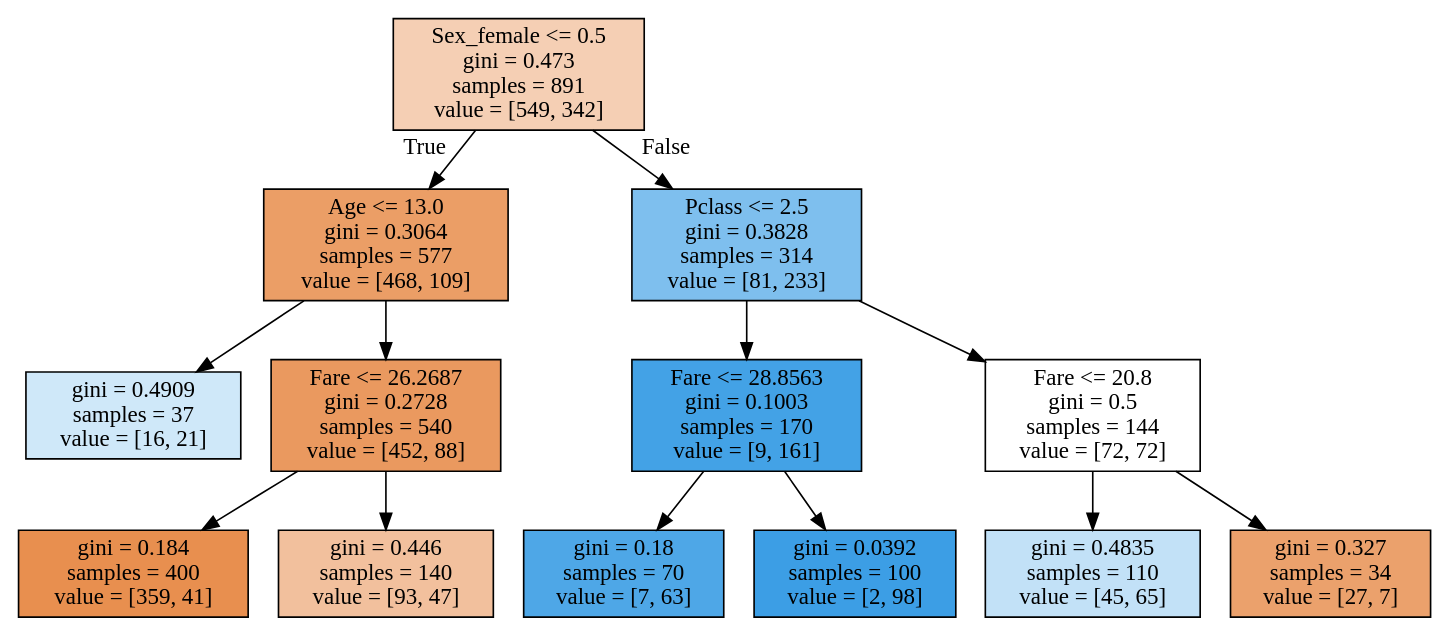
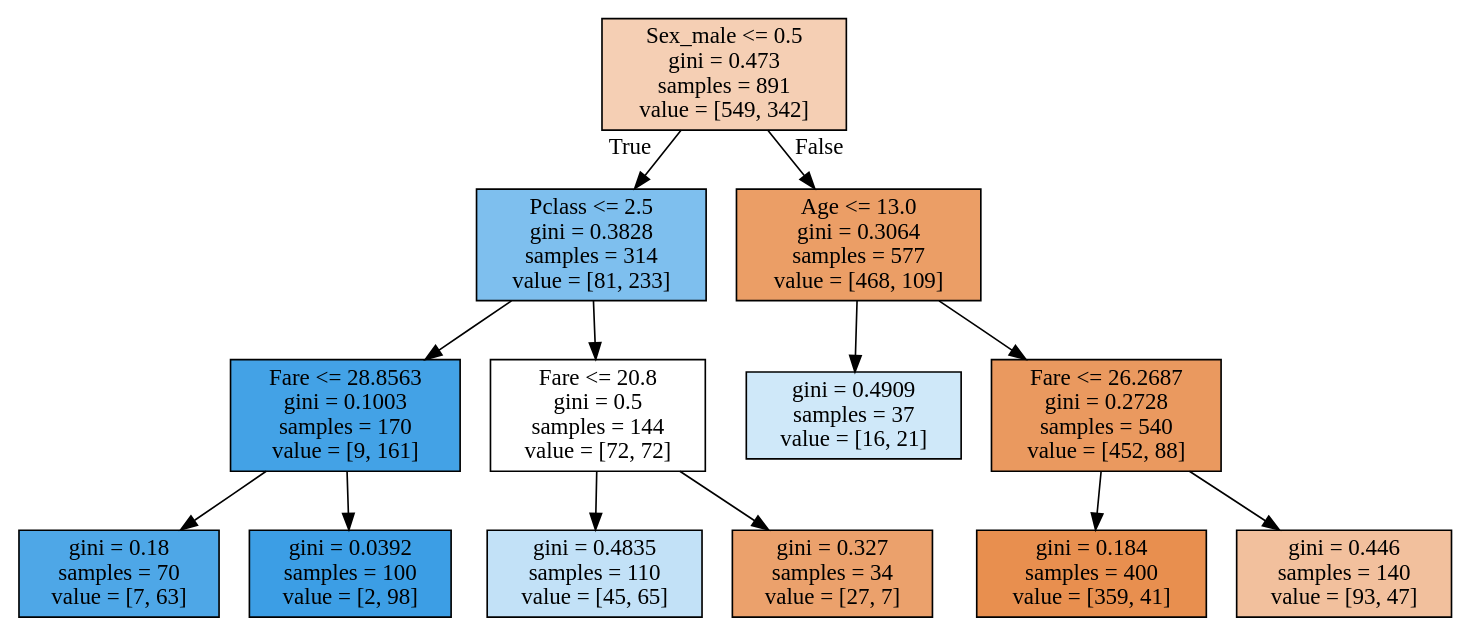
The diagram in 3. Decision trees/tree.dot (Slava-N/Data_scientist_NL), drawn with Graphviz before and after one commit. The commit also changed 1 other file, not shown here.

```diff
--- a/3. Decision trees/tree.dot
+++ b/3. Decision trees/tree.dot
@@ -1,28 +1,28 @@
 digraph Tree {
 node [shape=box, style="filled", color="black"] ;
-0 [label="Sex_female <= 0.5\ngini = 0.473\nsamples = 891\nvalue = [549, 342]", fillcolor="#e5813960"] ;
-1 [label="Age <= 13.0\ngini = 0.3064\nsamples = 577\nvalue = [468, 109]", fillcolor="#e58139c4"] ;
+0 [label="Sex_male <= 0.5\ngini = 0.473\nsamples = 891\nvalue = [549, 342]", fillcolor="#e5813960"] ;
+1 [label="Pclass <= 2.5\ngini = 0.3828\nsamples = 314\nvalue = [81, 233]", fillcolor="#399de5a6"] ;
 0 -> 1 [labeldistance=2.5, labelangle=45, headlabel="True"] ;
-2 [label="gini = 0.4909\nsamples = 37\nvalue = [16, 21]", fillcolor="#399de53d"] ;
+2 [label="Fare <= 28.8563\ngini = 0.1003\nsamples = 170\nvalue = [9, 161]", fillcolor="#399de5f1"] ;
 1 -> 2 ;
-3 [label="Fare <= 26.2687\ngini = 0.2728\nsamples = 540\nvalue = [452, 88]", fillcolor="#e58139cd"] ;
-1 -> 3 ;
-4 [label="gini = 0.184\nsamples = 400\nvalue = [359, 41]", fillcolor="#e58139e2"] ;
-3 -> 4 ;
-5 [label="gini = 0.446\nsamples = 140\nvalue = [93, 47]", fillcolor="#e581397e"] ;
-3 -> 5 ;
-6 [label="Pclass <= 2.5\ngini = 0.3828\nsamples = 314\nvalue = [81, 233]", fillcolor="#399de5a6"] ;
-0 -> 6 [labeldistance=2.5, labelangle=-45, headlabel="False"] ;
-7 [label="Fare <= 28.8563\ngini = 0.1003\nsamples = 170\nvalue = [9, 161]", fillcolor="#399de5f1"] ;
-6 -> 7 ;
-8 [label="gini = 0.18\nsamples = 70\nvalue = [7, 63]", fillcolor="#399de5e3"] ;
-7 -> 8 ;
-9 [label="gini = 0.0392\nsamples = 100\nvalue = [2, 98]", fillcolor="#399de5fa"] ;
-7 -> 9 ;
-10 [label="Fare <= 20.8\ngini = 0.5\nsamples = 144\nvalue = [72, 72]", fillcolor="#e5813900"] ;
-6 -> 10 ;
-11 [label="gini = 0.4835\nsamples = 110\nvalue = [45, 65]", fillcolor="#399de54e"] ;
+3 [label="gini = 0.18\nsamples = 70\nvalue = [7, 63]", fillcolor="#399de5e3"] ;
+2 -> 3 ;
+4 [label="gini = 0.0392\nsamples = 100\nvalue = [2, 98]", fillcolor="#399de5fa"] ;
+2 -> 4 ;
+5 [label="Fare <= 20.8\ngini = 0.5\nsamples = 144\nvalue = [72, 72]", fillcolor="#e5813900"] ;
+1 -> 5 ;
+6 [label="gini = 0.4835\nsamples = 110\nvalue = [45, 65]", fillcolor="#399de54e"] ;
+5 -> 6 ;
+7 [label="gini = 0.327\nsamples = 34\nvalue = [27, 7]", fillcolor="#e58139bd"] ;
+5 -> 7 ;
+8 [label="Age <= 13.0\ngini = 0.3064\nsamples = 577\nvalue = [468, 109]", fillcolor="#e58139c4"] ;
+0 -> 8 [labeldistance=2.5, labelangle=-45, headlabel="False"] ;
+9 [label="gini = 0.4909\nsamples = 37\nvalue = [16, 21]", fillcolor="#399de53d"] ;
+8 -> 9 ;
+10 [label="Fare <= 26.2687\ngini = 0.2728\nsamples = 540\nvalue = [452, 88]", fillcolor="#e58139cd"] ;
+8 -> 10 ;
+11 [label="gini = 0.184\nsamples = 400\nvalue = [359, 41]", fillcolor="#e58139e2"] ;
 10 -> 11 ;
-12 [label="gini = 0.327\nsamples = 34\nvalue = [27, 7]", fillcolor="#e58139bd"] ;
+12 [label="gini = 0.446\nsamples = 140\nvalue = [93, 47]", fillcolor="#e581397e"] ;
 10 -> 12 ;
 }
```
